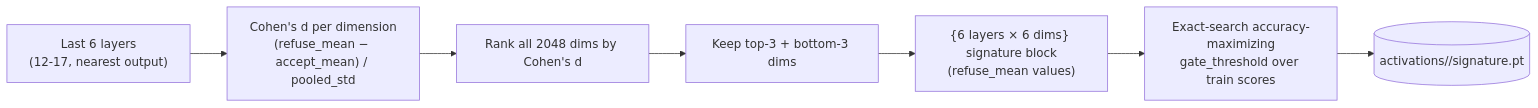
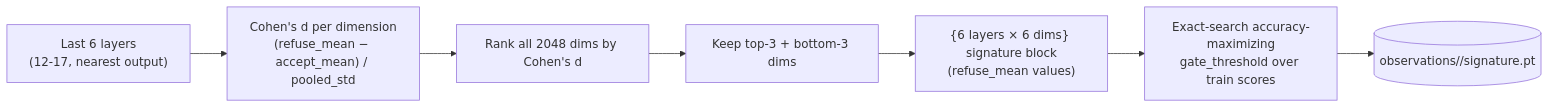
One commit to Palani-SN/abliteration-et-constitutional-classifier changed the third of 4 diagrams in README.md. Above: the diagram before and after it, drawn with Mermaid. The commit also changed other lines of this file and 7 other files, not shown here.

````diff
--- a/README.md
+++ b/README.md
@@ -379,9 +447,9 @@
 ```mermaid
 flowchart LR
     L["Last 6 layers<br/>(12-17, nearest output)"] --> CD["Cohen's d per dimension<br/>(refuse_mean − accept_mean) / pooled_std"]
     CD --> RANK["Rank all 2048 dims by Cohen's d"]
     RANK --> TOP["Keep top-3 + bottom-3 dims"]
     TOP --> SIG["{6 layers × 6 dims} signature block<br/>(refuse_mean values)"]
     SIG --> GT["Exact-search accuracy-maximizing<br/>gate_threshold over train scores"]
-    GT --> SAVE[("activations/<model_key>/signature.pt")]
+    GT --> SAVE[("observations/<model_key>/signature.pt")]
 ```
````
